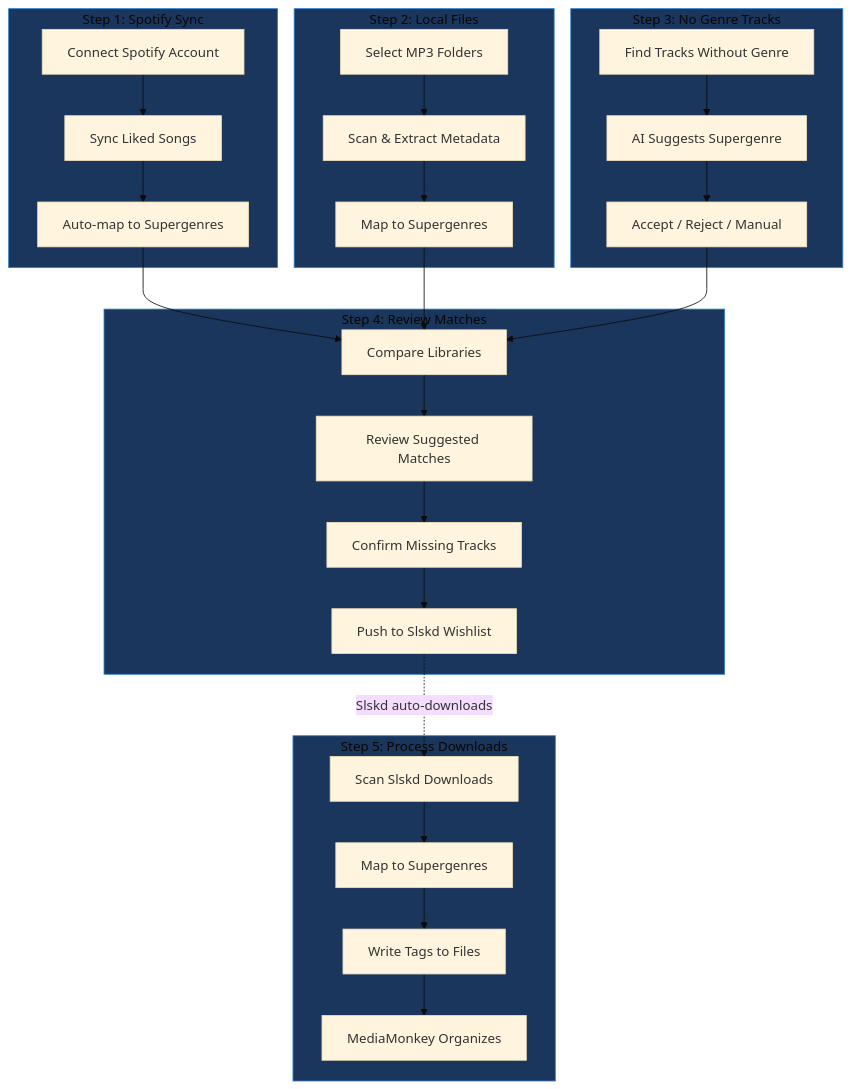
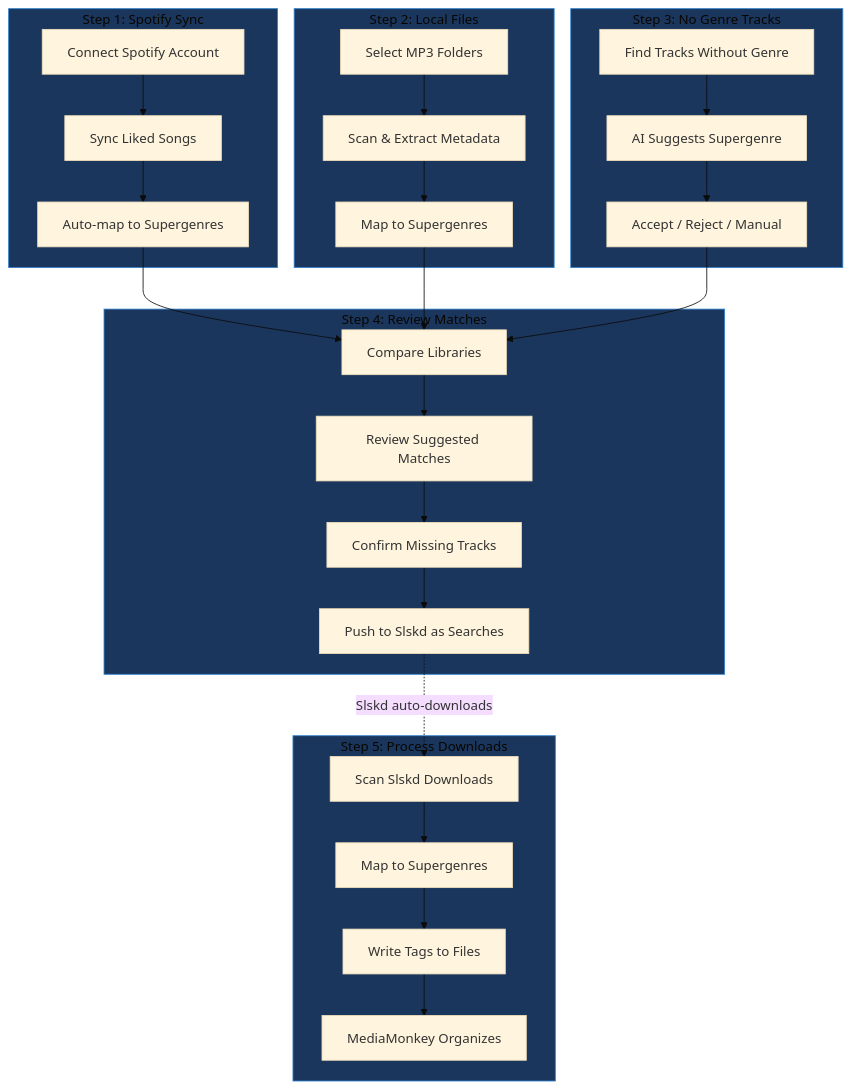
The diagram in docs/mako-sync-overview.md (gwherrett/mako-sync), drawn with Mermaid (base theme) before and after one commit. The commit also changed other lines of this file and 12 other files, not shown here.

First line of the commit message:
MAK-215 Fix the slskd push duplicate check and say searches, not wishlist

````diff
--- a/docs/mako-sync-overview.md
+++ b/docs/mako-sync-overview.md
@@ -15,40 +15,40 @@
 ```mermaid
 flowchart TD
     subgraph step1["Step 1: Spotify Sync"]
         A[Connect Spotify Account] --> B[Sync Liked Songs]
         B --> C[Auto-map to Supergenres]
     end
 
     subgraph step2["Step 2: Local Files"]
         D[Select MP3 Folders] --> E[Scan & Extract Metadata]
         E --> F[Map to Supergenres]
     end
 
     subgraph step3["Step 3: No Genre Tracks"]
         G[Find Tracks Without Genre] --> H[AI Suggests Supergenre]
         H --> I[Accept / Reject / Manual]
     end
 
     subgraph step4["Step 4: Review Matches"]
         J[Compare Libraries] --> K[Review Suggested Matches]
         K --> K2[Confirm Missing Tracks]
-        K2 --> L[Push to Slskd Wishlist]
+        K2 --> L[Push to Slskd as Searches]
     end
 
     subgraph step5["Step 5: Process Downloads"]
         M[Scan Slskd Downloads] --> N[Map to Supergenres]
         N --> O[Write Tags to Files]
         O --> P[MediaMonkey Organizes]
     end
 
     C --> J
     F --> J
     I --> J
     L -.->|Slskd auto-downloads| M
 
     style step1 fill:#1a365d,stroke:#3182ce
     style step2 fill:#1a365d,stroke:#3182ce
     style step3 fill:#1a365d,stroke:#3182ce
     style step4 fill:#1a365d,stroke:#3182ce
     style step5 fill:#1a365d,stroke:#3182ce
 ```
````
